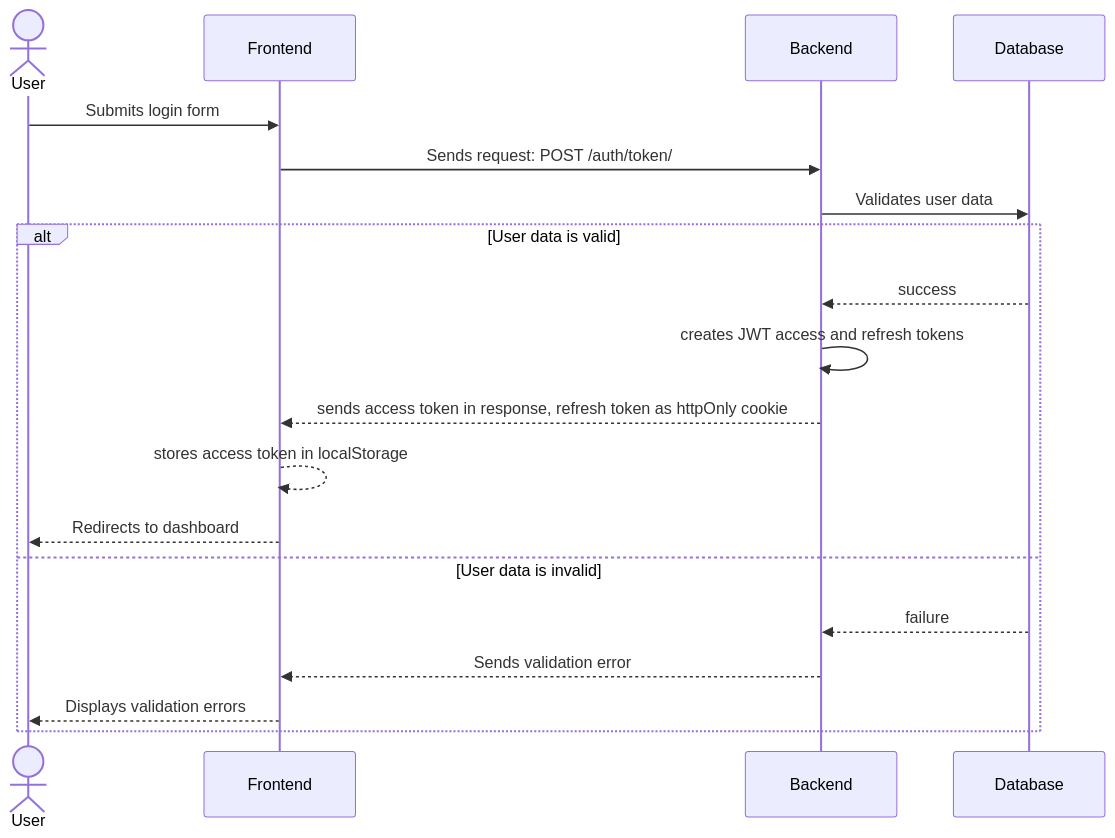
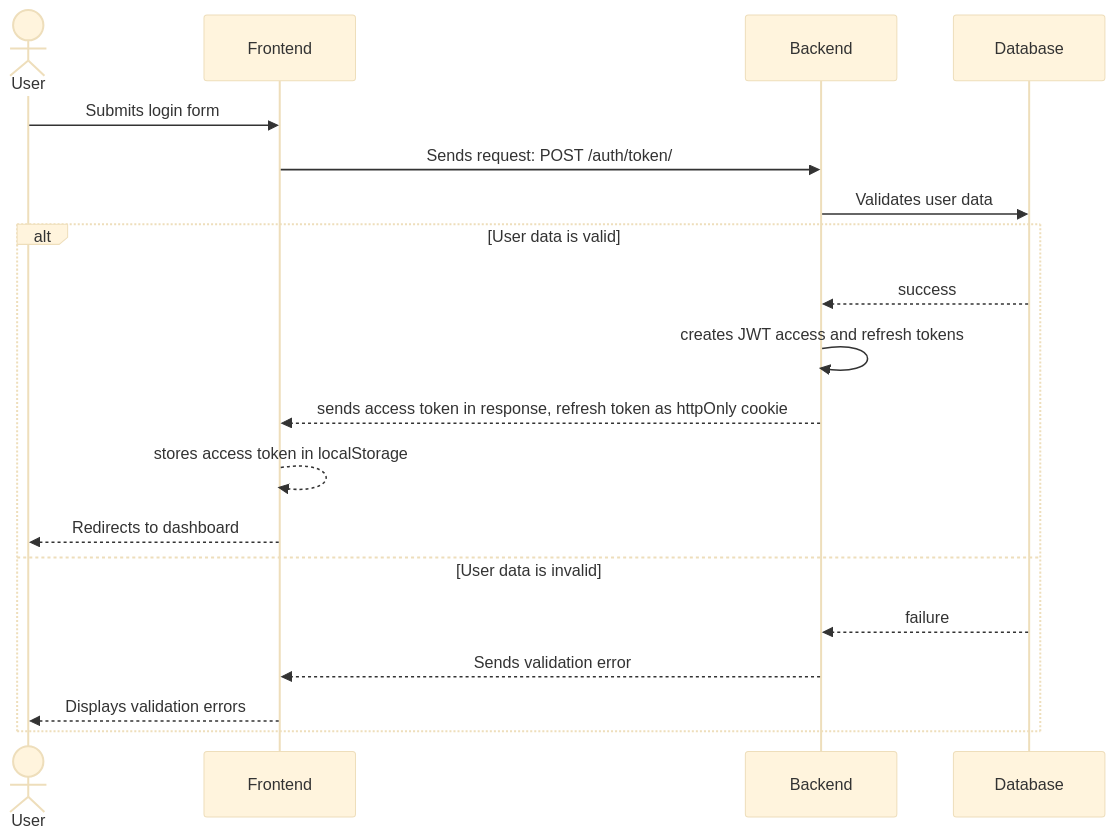
Before and after one commit to mandacode/mandacodigo-backend: the diagram in docs/auth/login.mmd, drawn with Mermaid. The commit also changed 2 other files, not shown here.

Commit message:
Add base color for mermaid diagrams

```diff
--- a/docs/auth/login.mmd
+++ b/docs/auth/login.mmd
@@ -1,21 +1,23 @@
+%%{init: {'theme':'base'}}%%
+
 sequenceDiagram
     actor User
     participant FE as Frontend
     participant BE as Backend
     participant DB as Database
 
     User ->> FE: Submits login form
     FE ->> BE: Sends request: POST /auth/token/
     BE ->> DB: Validates user data
 
     alt User data is valid
         DB -->> BE: success
         BE ->> BE: creates JWT access and refresh tokens
         BE -->> FE: sends access token in response, refresh token as httpOnly cookie
         FE -->> FE: stores access token in localStorage
         FE -->> User: Redirects to dashboard
     else User data is invalid
         DB -->> BE: failure
         BE -->> FE: Sends validation error
         FE -->> User: Displays validation errors
     end
```
